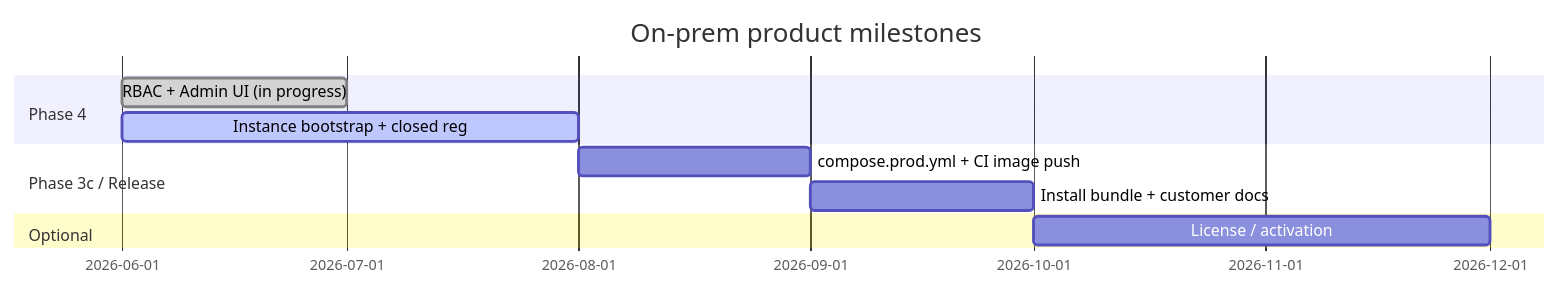
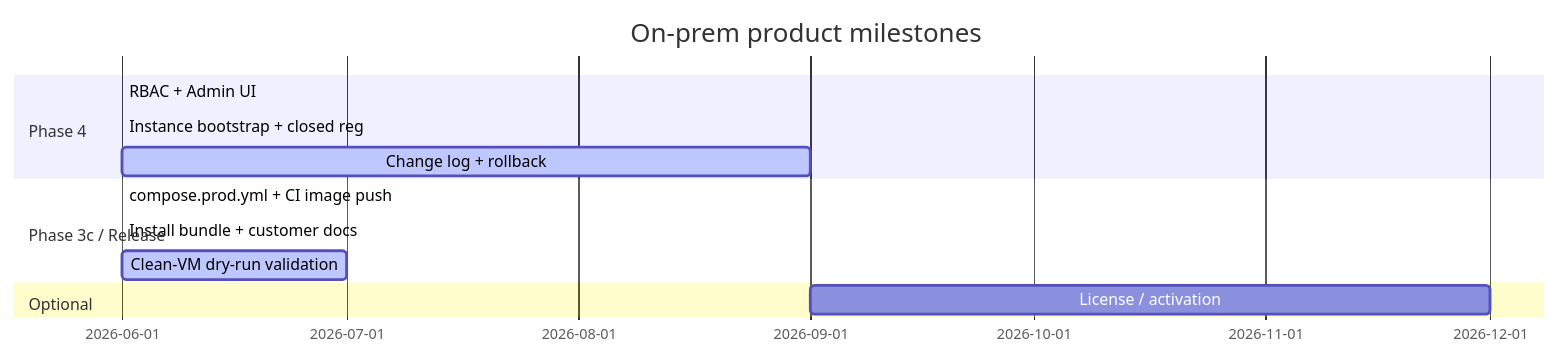
One commit to ktauchert/triage-ops changed the second of 2 diagrams in docs/on-prem-product.md. Above: the diagram before and after it, drawn with Mermaid. The commit also changed other lines of this file and 13 other files, not shown here.

````diff
--- a/docs/on-prem-product.md
+++ b/docs/on-prem-product.md
@@ -162,13 +162,15 @@
 ```mermaid
 gantt
   title On-prem product milestones
   dateFormat YYYY-MM
   section Phase 4
-  RBAC + Admin UI (in progress)     :done, 2026-06, 2026-07
-  Instance bootstrap + closed reg     :active, 2026-06, 2026-08
+  RBAC + Admin UI                    :done, 2026-06, 2026-06
+  Instance bootstrap + closed reg      :done, 2026-06, 2026-06
+  Change log + rollback              :active, 2026-06, 2026-09
   section Phase 3c / Release
-  compose.prod.yml + CI image push    :2026-08, 2026-09
-  Install bundle + customer docs      :2026-09, 2026-10
+  compose.prod.yml + CI image push     :done, 2026-06, 2026-06
+  Install bundle + customer docs       :done, 2026-06, 2026-06
+  Clean-VM dry-run validation        :active, 2026-06, 2026-07
   section Optional
-  License / activation                :2026-10, 2026-12
+  License / activation                 :2026-09, 2026-12
 ```
````
